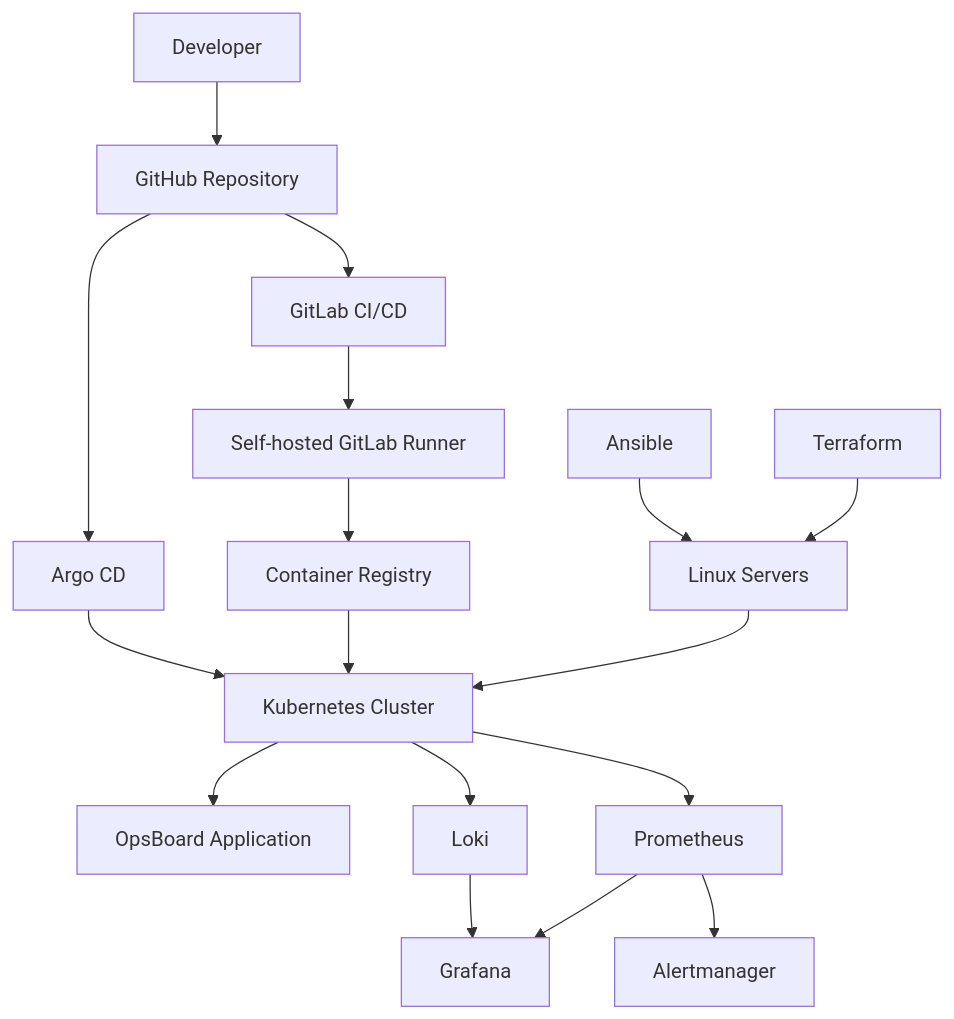
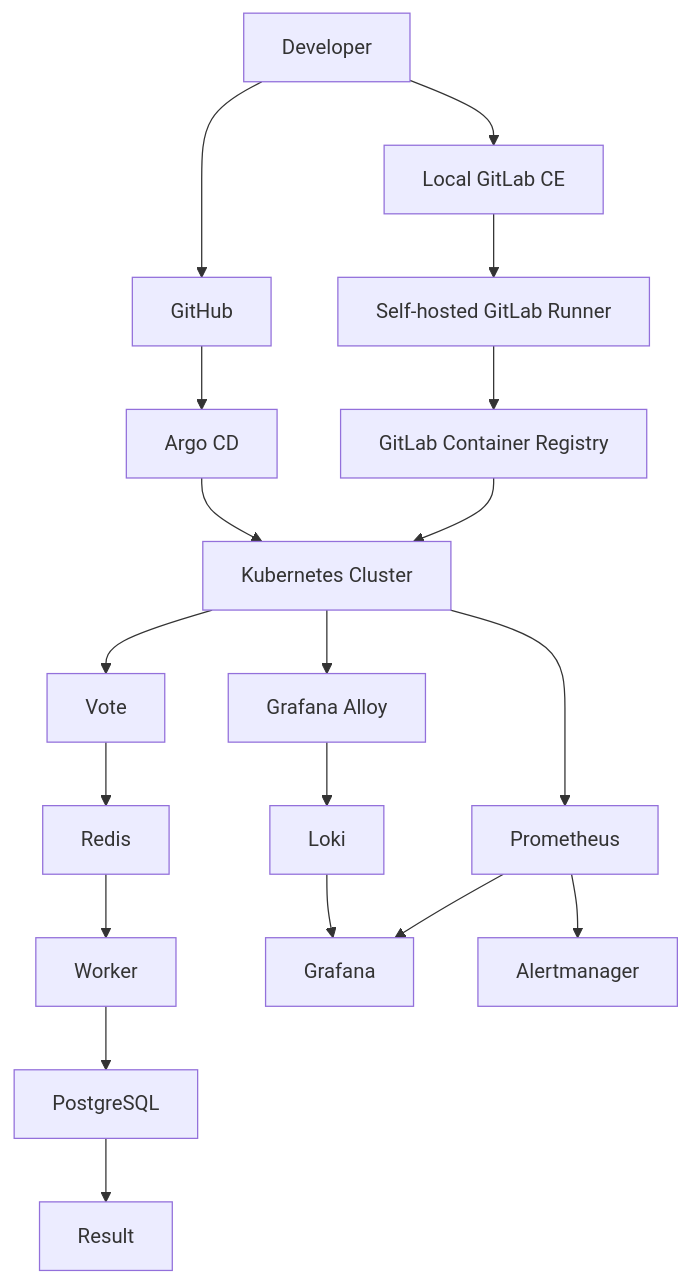
One commit to Khash90/opsboard changed the diagram in README.md. Above: the diagram before and after it, drawn with Mermaid. The commit also changed other lines of this file, not shown here.

Commit message:
Refresh OpsBoard project overview

````diff
--- a/README.md
+++ b/README.md
@@ -172,28 +80,28 @@
 ```mermaid
 flowchart TD
-    Developer[Developer] --> GitHub[GitHub Repository]
+    Developer[Developer] --> GitHub[GitHub]
+    Developer --> GitLab[Local GitLab CE]
 
-    GitHub --> GitLab[GitLab CI/CD]
+    GitLab --> Runner[Self-hosted GitLab Runner]
+    Runner --> Registry[GitLab Container Registry]
+
     GitHub --> ArgoCD[Argo CD]
 
-    Terraform[Terraform] --> Servers[Linux Servers]
-    Ansible[Ansible] --> Servers
+    Registry --> K8s[Kubernetes Cluster]
+    ArgoCD --> K8s
 
-    Servers --> Kubernetes[Kubernetes Cluster]
+    K8s --> Vote[Vote]
+    Vote --> Redis[Redis]
+    Redis --> Worker[Worker]
+    Worker --> PostgreSQL[PostgreSQL]
+    PostgreSQL --> Result[Result]
 
-    GitLab --> Runner[Self-hosted GitLab Runner]
-    Runner --> Registry[Container Registry]
-
-    Registry --> Kubernetes
-    ArgoCD --> Kubernetes
-
-    Kubernetes --> App[OpsBoard Application]
-
-    Kubernetes --> Prometheus[Prometheus]
+    K8s --> Prometheus[Prometheus]
     Prometheus --> Grafana[Grafana]
 
-    Kubernetes --> Loki[Loki]
+    K8s --> Alloy[Grafana Alloy]
+    Alloy --> Loki[Loki]
     Loki --> Grafana
 
     Prometheus --> Alertmanager[Alertmanager]
 ```
````
